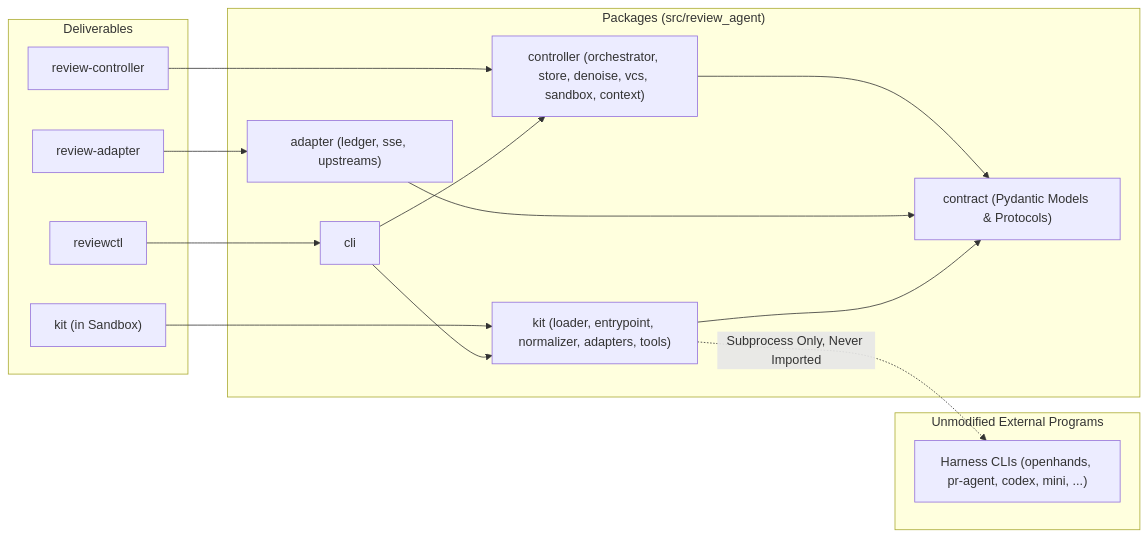
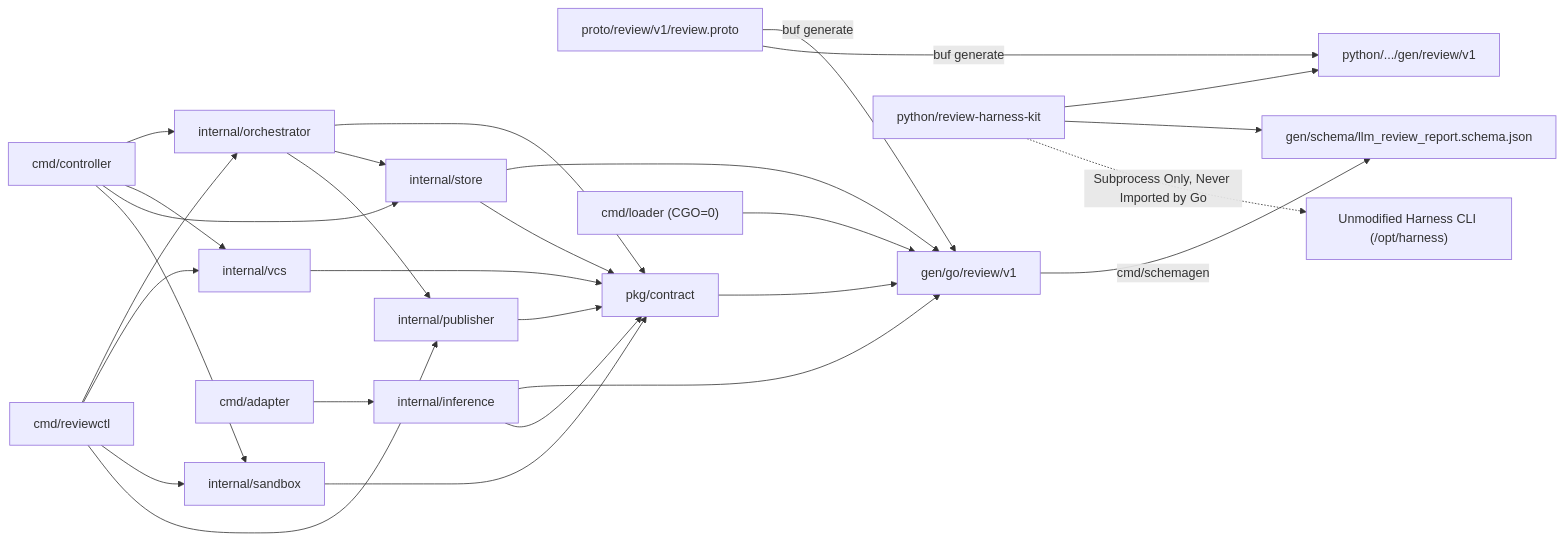
Before and after one commit to zetxqx/review-agent-infra: the first of 7 diagrams in docs/design/implementation-plan.md, drawn with Mermaid. The commit also changed other lines of this file and 12 other files, not shown here.

Commit message:
Define Protobuf single-source-of-truth contracts with Go control-plane infrastructure and Python off-the-shelf harness adapters.

````diff
--- a/docs/design/implementation-plan.md
+++ b/docs/design/implementation-plan.md
@@ -60,33 +65,33 @@
 ```mermaid
 flowchart LR
-    subgraph SG_BIN ["Deliverables"]
-        Ctrl["review-controller"]
-        Adapt["review-adapter"]
-        Kit["kit (in Sandbox)"]
-        CLI["reviewctl"]
-    end
+    Proto["proto/review/v1/review.proto"] -->|"buf generate"| GenGo["gen/go/review/v1"]
+    Proto -->|"buf generate"| GenPy["python/.../gen/review/v1"]
+    GenGo -->|"cmd/schemagen"| Schema["gen/schema/llm_review_report.schema.json"]
 
-    subgraph SG_PKG ["Packages (src/review_agent)"]
-        PCtrl["controller (orchestrator, store, denoise, vcs, sandbox, context)"]
-        PAdapt["adapter (ledger, sse, upstreams)"]
-        PKit["kit (loader, entrypoint, normalizer, adapters, tools)"]
-        PCli["cli"]
-        Contract["contract (Pydantic Models & Protocols)"]
-    end
+    Contract["pkg/contract"] --> GenGo
+    Store["internal/store"] --> GenGo
+    Store --> Contract
+    VCS["internal/vcs"] --> Contract
+    Sandbox["internal/sandbox"] --> Contract
+    Infer["internal/inference"] --> GenGo
+    Infer --> Contract
+    Pub["internal/publisher"] --> Contract
+    Orch["internal/orchestrator"] --> Contract
+    Orch --> Store
+    Orch --> Pub
 
-    subgraph SG_EXT ["Unmodified External Programs"]
-        Harness["Harness CLIs (openhands, pr-agent, codex, mini, ...)"]
-    end
+    Ctrl["cmd/controller"] --> Orch
+    Ctrl --> VCS
+    Ctrl --> Store
+    Ctrl --> Sandbox
+    Adapt["cmd/adapter"] --> Infer
+    Loader["cmd/loader (CGO=0)"] --> GenGo
+    CLI["cmd/reviewctl"] --> Orch
+    CLI --> VCS
+    CLI --> Sandbox
+    CLI --> Pub
 
-    Ctrl --> PCtrl
-    Adapt --> PAdapt
-    Kit --> PKit
-    CLI --> PCli
-
-    PCli --> PCtrl
-    PCli --> PKit
-    PCtrl --> Contract
-    PAdapt --> Contract
-    PKit --> Contract
-    PKit -.->|"Subprocess Only, Never Imported"| Harness
+    PyKit["python/review-harness-kit"] --> GenPy
+    PyKit --> Schema
+    PyKit -.->|"Subprocess Only, Never Imported by Go"| UnmodCLI["Unmodified Harness CLI (/opt/harness)"]
 ```
````
